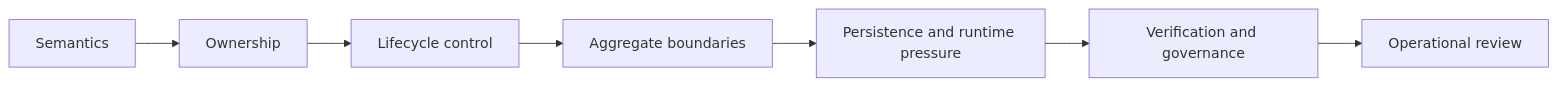
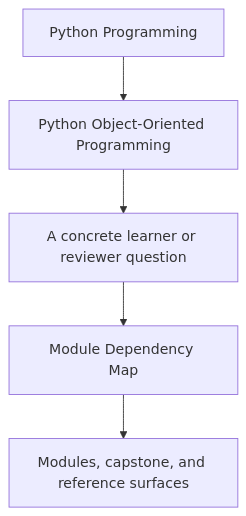
One commit to bijux/bijux-masterclass changed the first of 2 diagrams in programs/python-programming/python-object-oriented-programming/course-book/guides/module-dependency-map.md. Above: the diagram before and after it, drawn with Mermaid. The commit also changed other lines of this file and 23 other files, not shown here.

Commit message:
docs(python-object-oriented-programming): sharpen guide and reference diagrams

````diff
--- a/programs/python-programming/python-object-oriented-programming/course-book/guides/module-dependency-map.md
+++ b/programs/python-programming/python-object-oriented-programming/course-book/guides/module-dependency-map.md
@@ -20,9 +7,7 @@
 ```mermaid
-flowchart LR
-  semantics["Semantics"] --> ownership["Ownership"]
-  ownership --> state["Lifecycle control"]
-  state --> collaboration["Aggregate boundaries"]
-  collaboration --> durability["Persistence and runtime pressure"]
-  durability --> confidence["Verification and governance"]
-  confidence --> mastery["Operational review"]
+flowchart TD
+  family["Python Programming"] --> program["Python Object-Oriented Programming"]
+  program --> pressure["A concrete learner or reviewer question"]
+  pressure --> guide["Module Dependency Map"]
+  guide --> next["Modules, capstone, and reference surfaces"]
 ```
````
